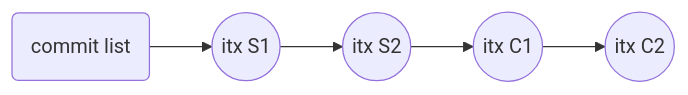
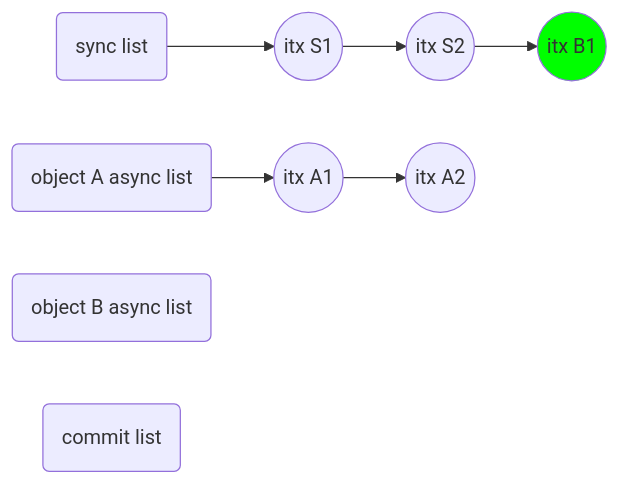
The sixth of 44 diagrams in content/post/2017-10-24-zil-performance-how-i-doubled-sync-write-speed.md (prakashsurya/prakashsurya.github.io), drawn with Mermaid before and after one commit. The commit also changed other lines of this file, not shown here.

Commit message:
Edit: ZIL Performance: How I Doubled Sync Write Speed (slides)

```diff
--- a/content/post/2017-10-24-zil-performance-how-i-doubled-sync-write-speed.md
+++ b/content/post/2017-10-24-zil-performance-how-i-doubled-sync-write-speed.md
@@ -374,7 +580,15 @@
 <div class="mermaid">
 graph LR
-  CLIST(commit list) --> SLIST-1((itx S1))
-  SLIST-1            --> SLIST-2((itx S2))
-  SLIST-2            --> OBJ-C-1((itx C1))
-  OBJ-C-1            --> OBJ-C-2((itx C2))
+  SLIST(sync list) --> SLIST-1((itx S1))
+  SLIST-1          --> SLIST-2((itx S2))
+  SLIST-2          --> OBJ-B-1((itx B1))
+
+  OBJ-A(object A async list) --> OBJ-A-1((itx A1))
+  OBJ-A-1                    --> OBJ-A-2((itx A2))
+
+  OBJ-B(object B async list)
+
+  CLIST(commit list)
+
+  style OBJ-B-1 fill:#00ff00
 </div>
```
